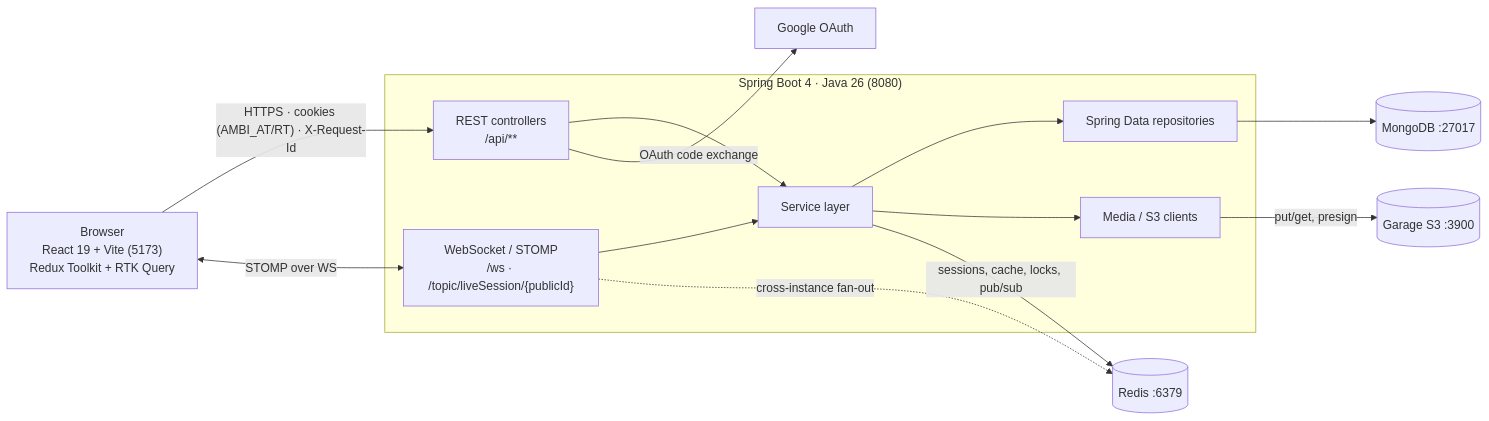
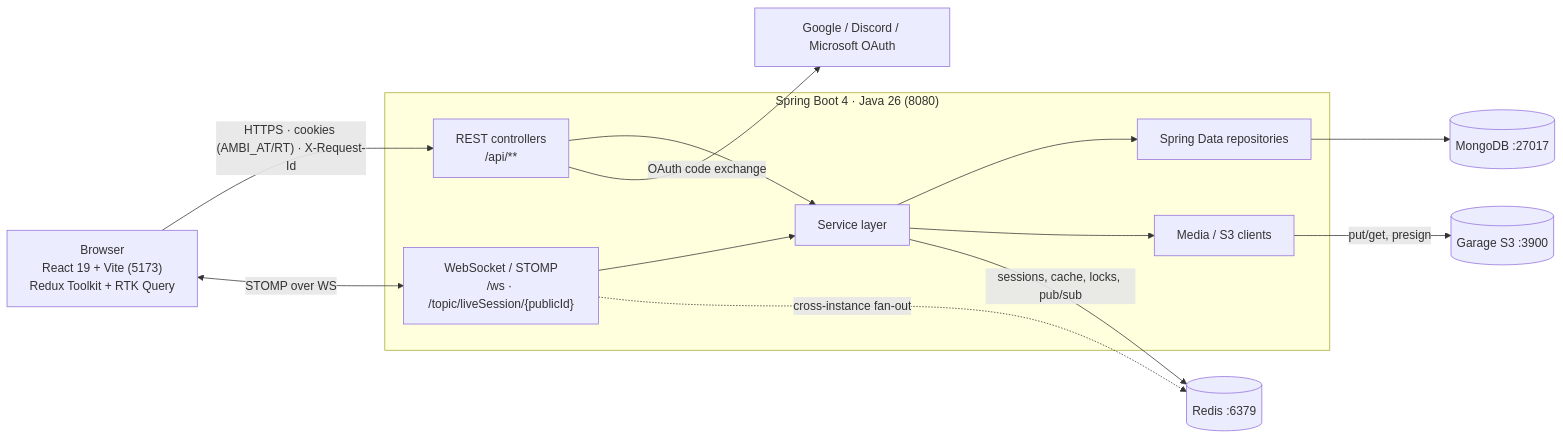
The second of 4 diagrams in z-docs/diagrams/system-overview.md (Saganaut/ambi), drawn with Mermaid before and after one commit. The commit also changed other lines of this file and 18 other files, not shown here.

First line of the commit message:
feat(auth): integrate Discord and Microsoft OAuth providers

````diff
--- a/z-docs/diagrams/system-overview.md
+++ b/z-docs/diagrams/system-overview.md
@@ -46,25 +46,25 @@
 ```mermaid
 flowchart LR
     Browser["Browser<br/>React 19 + Vite (5173)<br/>Redux Toolkit + RTK Query"]
 
     subgraph backend["Spring Boot 4 · Java 26 (8080)"]
         REST["REST controllers<br/>/api/**"]
         WS["WebSocket / STOMP<br/>/ws · /topic/liveSession/{publicId}"]
         SVC["Service layer"]
         REPO["Spring Data repositories"]
         MEDIA["Media / S3 clients"]
     end
 
     Browser -->|"HTTPS · cookies (AMBI_AT/RT) · X-Request-Id"| REST
     Browser <-->|"STOMP over WS"| WS
     REST --> SVC
     WS --> SVC
     SVC --> REPO
     SVC --> MEDIA
 
     REPO --> MONGO[("MongoDB :27017")]
     SVC -->|"sessions, cache, locks, pub/sub"| REDIS[("Redis :6379")]
     WS -.->|"cross-instance fan-out"| REDIS
     MEDIA -->|"put/get, presign"| S3[("Garage S3 :3900")]
-    REST -->|"OAuth code exchange"| GOOG["Google OAuth"]
+    REST -->|"OAuth code exchange"| IDP2["Google / Discord / Microsoft OAuth"]
 ```
````
